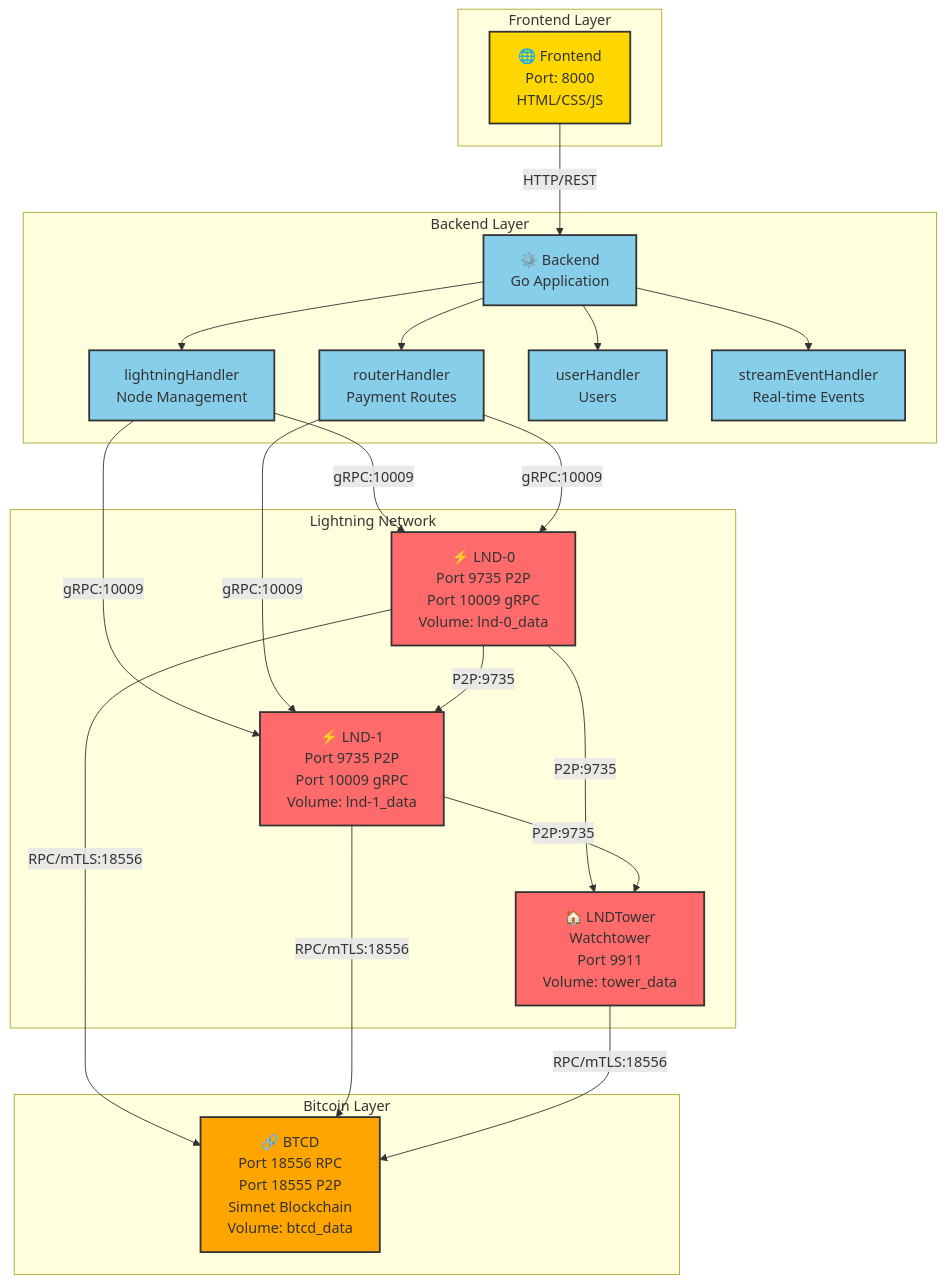
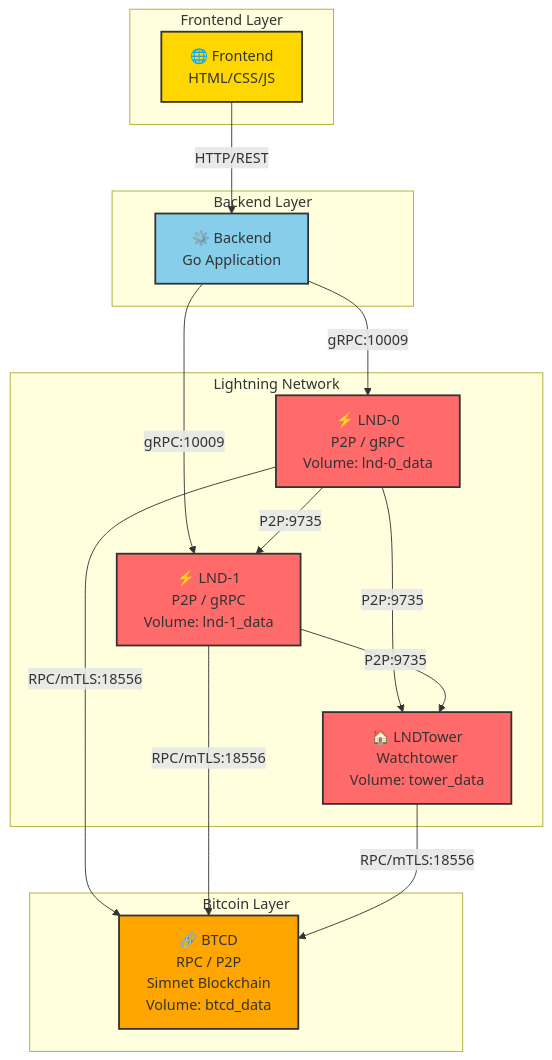
The diagram in docs-schema/architecture.mmd (LMare/lightning-test), drawn with Mermaid before and after one commit.

Commit message:
symplification shémas docker

```diff
--- a/docs-schema/architecture.mmd
+++ b/docs-schema/architecture.mmd
@@ -1,51 +1,41 @@
 graph TD
     subgraph "Frontend Layer"
-        FE["🌐 Frontend<br/>Port: 8000<br/>HTML/CSS/JS"]
+        FE["🌐 Frontend<br/>HTML/CSS/JS"]
     end
     
     subgraph "Backend Layer"
         BE["⚙️ Backend<br/>Go Application"]
-        LH["lightningHandler<br/>Node Management"]
-        RH["routerHandler<br/>Payment Routes"]
-        UH["userHandler<br/>Users"]
-        SH["streamEventHandler<br/>Real-time Events"]
     end
     
     subgraph "Lightning Network"
-        LND0["⚡ LND-0<br/>Port 9735 P2P<br/>Port 10009 gRPC<br/>Volume: lnd-0_data"]
-        LND1["⚡ LND-1<br/>Port 9735 P2P<br/>Port 10009 gRPC<br/>Volume: lnd-1_data"]
-        TOWER["🏠 LNDTower<br/>Watchtower<br/>Port 9911<br/>Volume: tower_data"]
+        LND0["⚡ LND-0<br/>P2P / gRPC<br/>Volume: lnd-0_data"]
+        LND1["⚡ LND-1<br/>P2P / gRPC<br/>Volume: lnd-1_data"]
+        TOWER["🏠 LNDTower<br/>Watchtower<br/>Volume: tower_data"]
     end
     
     subgraph "Bitcoin Layer"
-        BTCD["🔗 BTCD<br/>Port 18556 RPC<br/>Port 18555 P2P<br/>Simnet Blockchain<br/>Volume: btcd_data"]
+        BTCD["🔗 BTCD<br/>RPC / P2P<br/>Simnet Blockchain<br/>Volume: btcd_data"]
     end
     
     FE -->|HTTP/REST| BE
-    BE --> LH
-    BE --> RH
-    BE --> UH
-    BE --> SH
     
-    LH -->|gRPC:10009| LND0
-    RH -->|gRPC:10009| LND0
-    LH -->|gRPC:10009| LND1
-    RH -->|gRPC:10009| LND1
+    BE -->|gRPC:10009| LND0
+    BE -->|gRPC:10009| LND1
     
     LND0 -->|P2P:9735| LND1
     LND0 -->|P2P:9735| TOWER
     LND1 -->|P2P:9735| TOWER
     
     LND0 -->|RPC/mTLS:18556| BTCD
     LND1 -->|RPC/mTLS:18556| BTCD
     TOWER -->|RPC/mTLS:18556| BTCD
     
     classDef frontend fill:#FFD700,stroke:#333,stroke-width:2px
     classDef backend fill:#87CEEB,stroke:#333,stroke-width:2px
     classDef lightning fill:#FF6B6B,stroke:#333,stroke-width:2px
     classDef bitcoin fill:#FFA500,stroke:#333,stroke-width:2px
     
     class FE frontend
-    class BE,LH,RH,UH,SH backend
+    class BE backend
     class LND0,LND1,TOWER lightning
     class BTCD bitcoin
```
